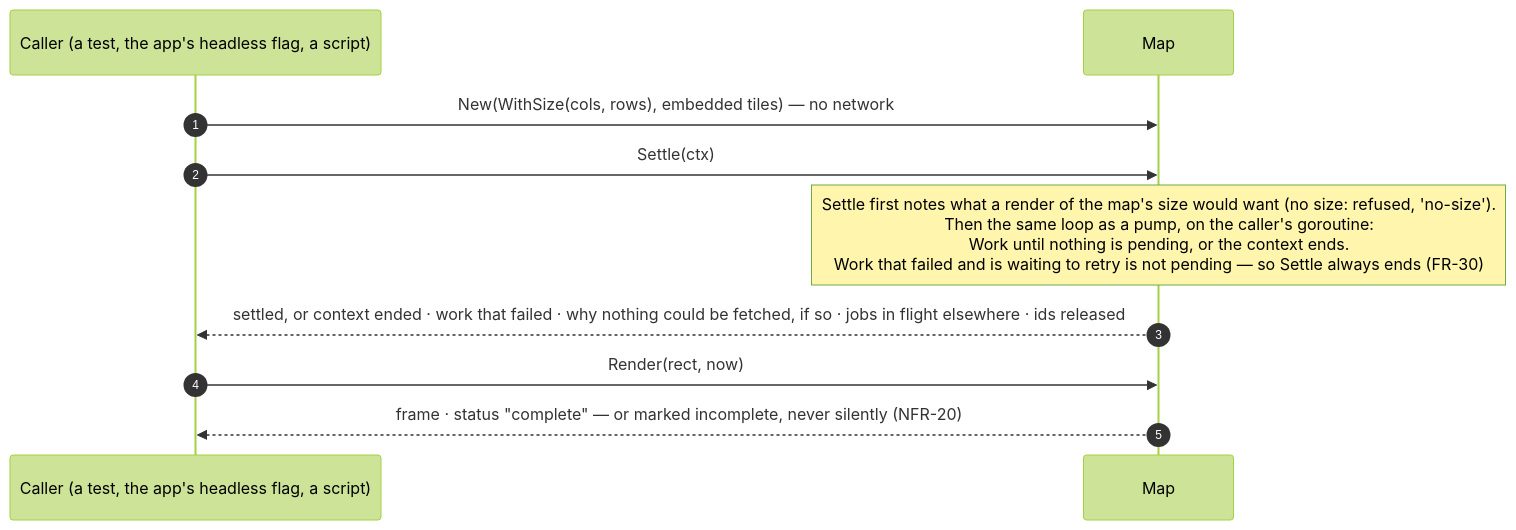
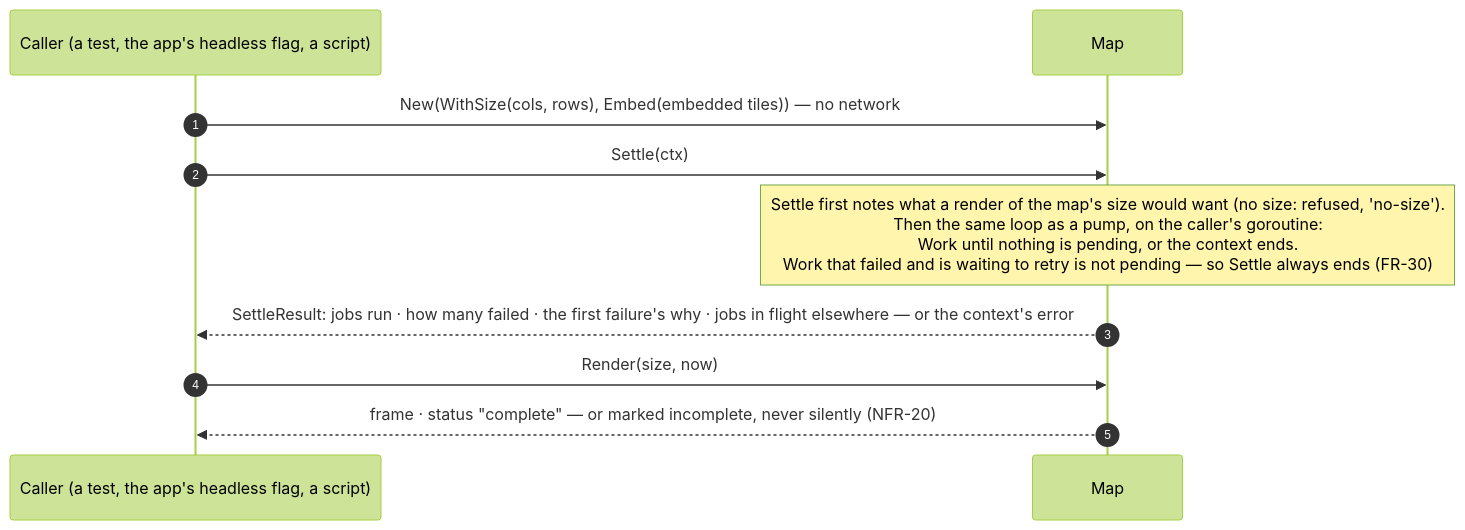
The fourth of 4 diagrams in 06_docs/02_features/go-tuimaps/03-architecture-design/L3-sequences.md (branden-thompson/go-tuimaps), drawn with Mermaid (forest theme) before and after one commit. The commit also changed other lines of this file and 544 other files, not shown here.

````diff
--- a/06_docs/02_features/go-tuimaps/03-architecture-design/L3-sequences.md
+++ b/06_docs/02_features/go-tuimaps/03-architecture-design/L3-sequences.md
@@ -86,12 +89,12 @@
 ```mermaid
 sequenceDiagram
     autonumber
     participant C as Caller (a test, the app's headless flag, a script)
     participant M as Map
-    C->>M: New(WithSize(cols, rows), embedded tiles) — no network
+    C->>M: New(WithSize(cols, rows), Embed(embedded tiles)) — no network
     C->>M: Settle(ctx)
     Note over M: Settle first notes what a render of the map's size would want (no size: refused, 'no-size').<br/>Then the same loop as a pump, on the caller's goroutine:<br/>Work until nothing is pending, or the context ends.<br/>Work that failed and is waiting to retry is not pending — so Settle always ends (FR-30)
-    M-->>C: settled, or context ended · work that failed · why nothing could be fetched, if so · jobs in flight elsewhere · ids released
-    C->>M: Render(rect, now)
+    M-->>C: SettleResult: jobs run · how many failed · the first failure's why · jobs in flight elsewhere — or the context's error
+    C->>M: Render(size, now)
     M-->>C: frame · status "complete" — or marked incomplete, never silently (NFR-20)
 ```
````
